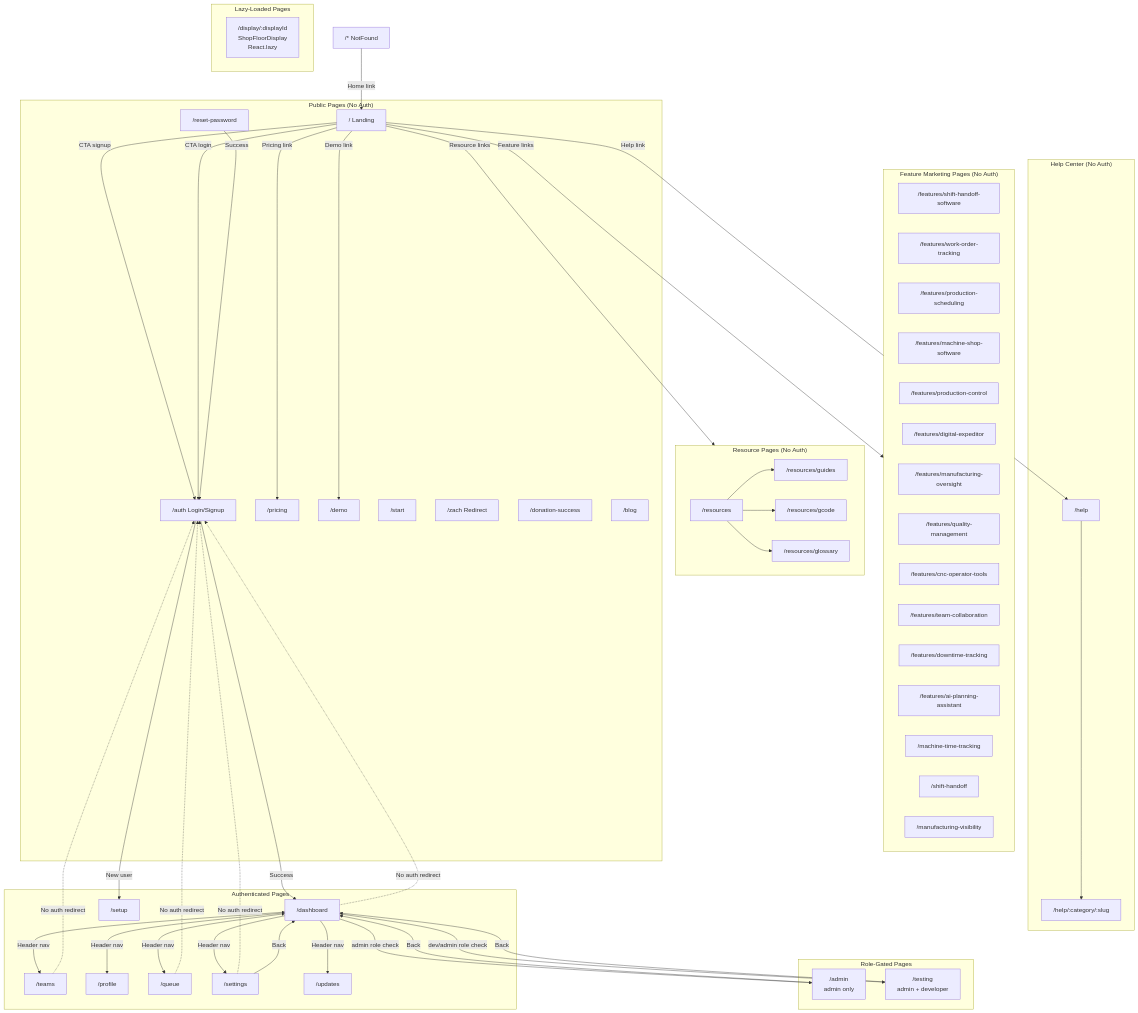
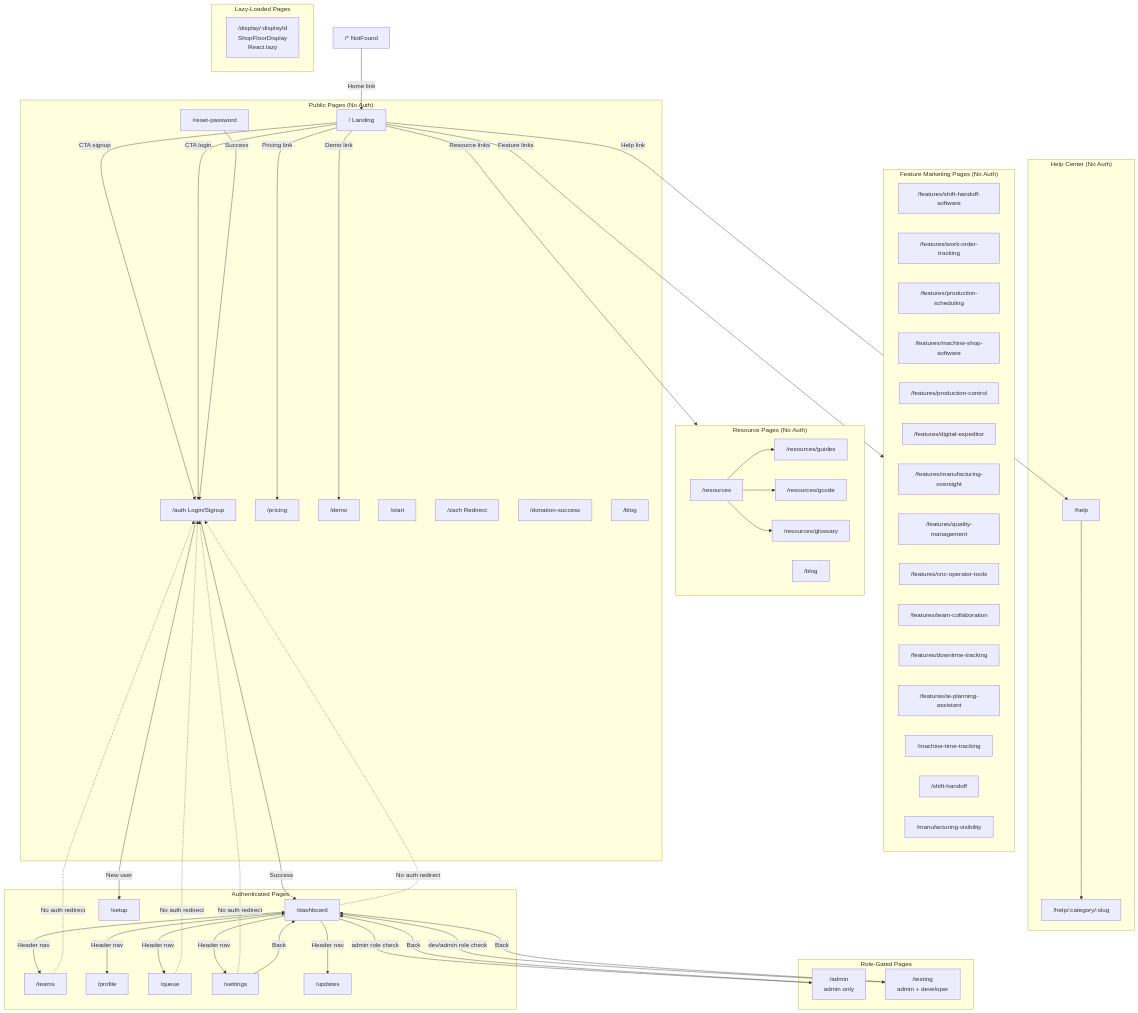
The diagram in docs/mermaid/fe__sitemap__v01.mmd (WeCr8-Solutions/shift-handover-hub), drawn with Mermaid before and after one commit.

Commit message:
Update sitemap help resources

```diff
--- a/docs/mermaid/fe__sitemap__v01.mmd
+++ b/docs/mermaid/fe__sitemap__v01.mmd
@@ -1,112 +1,113 @@
 %% Frontend Sitemap — JobLine.ai
 %% Type: flowchart TD
 %% Shows all routes, auth gates, role gates, and navigation edges
 %% Updated: 2026-03-08
 
 flowchart TD
     subgraph Public["Public Pages (No Auth)"]
         LAND["/  Landing"]
         AUTH["/auth  Login/Signup"]
         RESET["/reset-password"]
         PRICING["/pricing"]
         DEMO["/demo"]
         START["/start"]
         ZACH["/zach  Redirect"]
         DON_OK["/donation-success"]
         BLOG["/blog"]
     end
 
     subgraph Features["Feature Marketing Pages (No Auth)"]
         F_SH["/features/shift-handoff-software"]
         F_WO["/features/work-order-tracking"]
         F_PS["/features/production-scheduling"]
         F_MS["/features/machine-shop-software"]
         F_PC["/features/production-control"]
         F_DE["/features/digital-expeditor"]
         F_MO["/features/manufacturing-oversight"]
         F_QM["/features/quality-management"]
         F_CNC["/features/cnc-operator-tools"]
         F_TC["/features/team-collaboration"]
         F_DT["/features/downtime-tracking"]
         F_AI["/features/ai-planning-assistant"]
         F_MT["/machine-time-tracking"]
         F_SHO["/shift-handoff"]
         F_MV["/manufacturing-visibility"]
     end
 
     subgraph Resources["Resource Pages (No Auth)"]
         RES_IDX["/resources"]
         RES_GUIDES["/resources/guides"]
         RES_GCODE["/resources/gcode"]
         RES_GLOSS["/resources/glossary"]
+        BLOG_IDX["/blog"]
     end
 
     subgraph HelpPages["Help Center (No Auth)"]
         HELP["/help"]
         HELP_ART["/help/:category/:slug"]
     end
 
     subgraph Authed["Authenticated Pages"]
         DASH["/dashboard"]
         TEAMS["/teams"]
         PROFILE["/profile"]
         QUEUE["/queue"]
         SETUP["/setup"]
         SETTINGS["/settings"]
         UPDATES["/updates"]
     end
 
     subgraph Gated["Role-Gated Pages"]
         ADMIN["/admin<br/>admin only"]
         TESTING["/testing<br/>admin + developer"]
     end
 
     subgraph LazyLoaded["Lazy-Loaded Pages"]
         DISPLAY["/display/:displayId<br/>ShopFloorDisplay<br/>React.lazy"]
     end
 
     NOTFOUND["/* NotFound"]
 
     %% Navigation edges
     LAND -->|"CTA signup"| AUTH
     LAND -->|"CTA login"| AUTH
     LAND -->|"Pricing link"| PRICING
     LAND -->|"Demo link"| DEMO
     LAND -->|"Feature links"| Features
     LAND -->|"Resource links"| Resources
     LAND -->|"Help link"| HELP
 
     AUTH -->|"Success"| DASH
     AUTH -->|"New user"| SETUP
     RESET -->|"Success"| AUTH
 
     %% Auth gate
     DASH -.->|"No auth redirect"| AUTH
     TEAMS -.->|"No auth redirect"| AUTH
     QUEUE -.->|"No auth redirect"| AUTH
     SETTINGS -.->|"No auth redirect"| AUTH
 
     %% App navigation (header)
     DASH <-->|"Header nav"| QUEUE
     DASH <-->|"Header nav"| TEAMS
     DASH -->|"Header nav"| SETTINGS
     DASH -->|"Header nav"| PROFILE
     DASH -->|"Header nav"| UPDATES
 
     %% Role gates
     DASH -->|"admin role check"| ADMIN
     DASH -->|"dev/admin role check"| TESTING
 
     %% Resource navigation
     RES_IDX --> RES_GUIDES
     RES_IDX --> RES_GCODE
     RES_IDX --> RES_GLOSS
 
     %% Help navigation
     HELP --> HELP_ART
 
     %% Safe exits
     ADMIN -->|"Back"| DASH
     TESTING -->|"Back"| DASH
     NOTFOUND -->|"Home link"| LAND
     SETTINGS -->|"Back"| DASH
```
